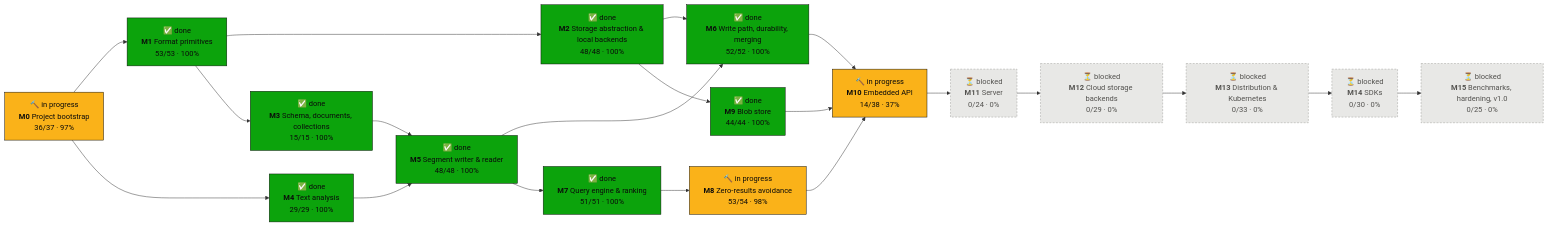
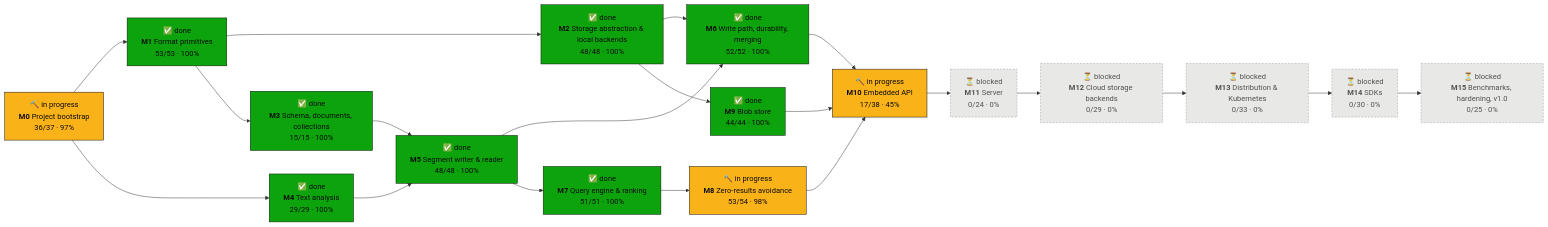
Before and after one commit to tomiok/persiaDB: the first of 2 diagrams in PROGRESS.md, drawn with Mermaid. The commit also changed other lines of this file and 3 other files, not shown here.

First line of the commit message:
docs(roadmap): tick wave 8 T leaves

````diff
--- a/PROGRESS.md
+++ b/PROGRESS.md
@@ -16,42 +16,42 @@
 ```mermaid
 flowchart LR
   M0["🔨 in progress<br/><b>M0</b> Project bootstrap<br/>36/37 · 97%"]:::doing
   M1["✅ done<br/><b>M1</b> Format primitives<br/>53/53 · 100%"]:::done
   M2["✅ done<br/><b>M2</b> Storage abstraction & local backends<br/>48/48 · 100%"]:::done
   M3["✅ done<br/><b>M3</b> Schema, documents, collections<br/>15/15 · 100%"]:::done
   M4["✅ done<br/><b>M4</b> Text analysis<br/>29/29 · 100%"]:::done
   M5["✅ done<br/><b>M5</b> Segment writer & reader<br/>48/48 · 100%"]:::done
   M6["✅ done<br/><b>M6</b> Write path, durability, merging<br/>52/52 · 100%"]:::done
   M7["✅ done<br/><b>M7</b> Query engine & ranking<br/>51/51 · 100%"]:::done
   M8["🔨 in progress<br/><b>M8</b> Zero-results avoidance<br/>53/54 · 98%"]:::doing
   M9["✅ done<br/><b>M9</b> Blob store<br/>44/44 · 100%"]:::done
-  M10["🔨 in progress<br/><b>M10</b> Embedded API<br/>14/38 · 37%"]:::doing
+  M10["🔨 in progress<br/><b>M10</b> Embedded API<br/>17/38 · 45%"]:::doing
   M11["⏳ blocked<br/><b>M11</b> Server<br/>0/24 · 0%"]:::blocked
   M12["⏳ blocked<br/><b>M12</b> Cloud storage backends<br/>0/29 · 0%"]:::blocked
   M13["⏳ blocked<br/><b>M13</b> Distribution & Kubernetes<br/>0/33 · 0%"]:::blocked
   M14["⏳ blocked<br/><b>M14</b> SDKs<br/>0/30 · 0%"]:::blocked
   M15["⏳ blocked<br/><b>M15</b> Benchmarks, hardening, v1.0<br/>0/25 · 0%"]:::blocked
   M0 --> M1
   M1 --> M2
   M1 --> M3
   M0 --> M4
   M3 --> M5
   M4 --> M5
   M2 --> M6
   M5 --> M6
   M5 --> M7
   M7 --> M8
   M2 --> M9
   M6 --> M10
   M8 --> M10
   M9 --> M10
   M10 --> M11
   M11 --> M12
   M12 --> M13
   M13 --> M14
   M14 --> M15
   classDef done fill:#0ca30c,stroke:#0b0b0b,color:#0b0b0b
   classDef doing fill:#fab219,stroke:#0b0b0b,color:#0b0b0b
   classDef ready fill:#fcfcfb,stroke:#0b0b0b,stroke-width:2px,color:#0b0b0b
   classDef blocked fill:#e8e8e6,stroke:#9a9a96,stroke-dasharray:4 3,color:#52514e
 ```
````
